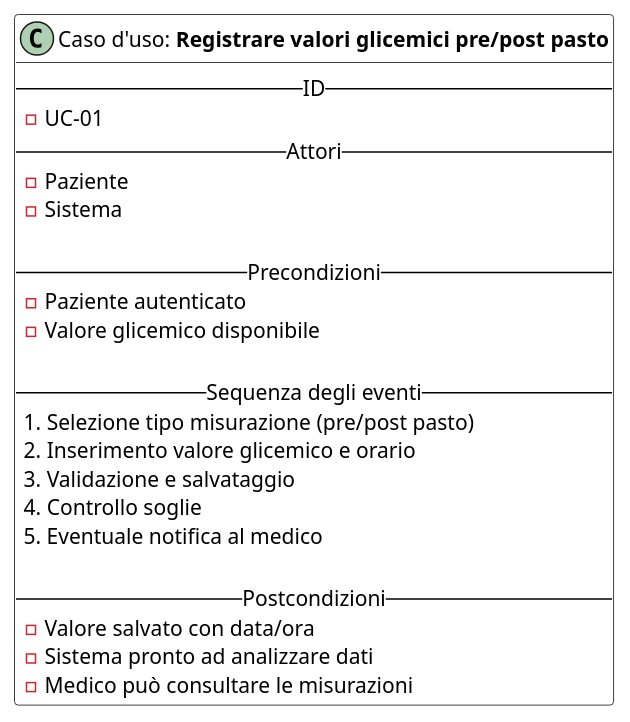
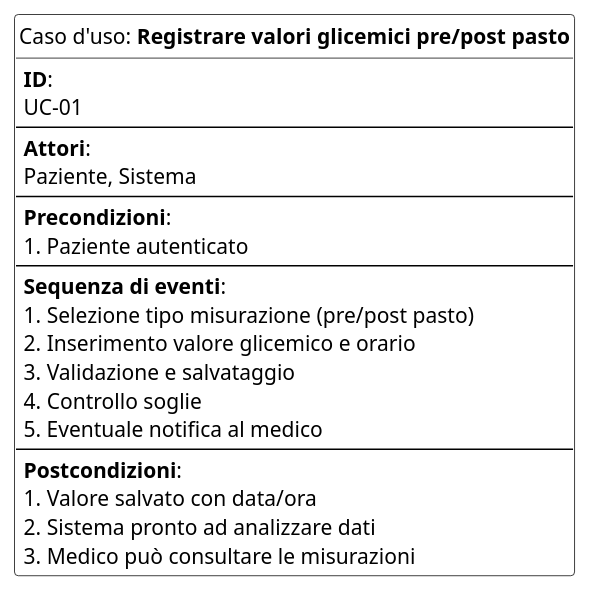
Before and after one commit to xMxrgan/Software-Engineering: the diagram in diagrammi/registrareValoriGlicemici.puml, drawn with PlantUML. The commit also changed 11 other files, not shown here.

Commit message:
diagrammi UC

```diff
--- a/diagrammi/registrareValoriGlicemici.puml
+++ b/diagrammi/registrareValoriGlicemici.puml
@@ -1,31 +1,31 @@
-@startuml registrareValoriGlicemici
-hide stereotypes
+@startuml registrazioneValoreGlicemico
+hide circle
+
 skinparam class {
   BackgroundColor White
   BorderColor Black
 }
 
 class "Caso d'uso: **Registrare valori glicemici pre/post pasto**" {
-    -- ID  --
-  - UC-01
-    -- Attori --
-  - Paziente
-  - Sistema
-
-    -- Precondizioni --
-  - Paziente autenticato
-  - Valore glicemico disponibile
-
-    -- Sequenza degli eventi --
+  **ID**: 
+  UC-01
+  --
+  **Attori**:
+  Paziente, Sistema
+  --
+  **Precondizioni**:
+  1. Paziente autenticato
+  --
+  **Sequenza di eventi**:
   1. Selezione tipo misurazione (pre/post pasto)
   2. Inserimento valore glicemico e orario
   3. Validazione e salvataggio
   4. Controllo soglie
   5. Eventuale notifica al medico
-
-    -- Postcondizioni --
-  - Valore salvato con data/ora
-  - Sistema pronto ad analizzare dati
-  - Medico può consultare le misurazioni
+  --
+  **Postcondizioni**:
+  1. Valore salvato con data/ora
+  2. Sistema pronto ad analizzare dati
+  3. Medico può consultare le misurazioni
 }
 @enduml
```
